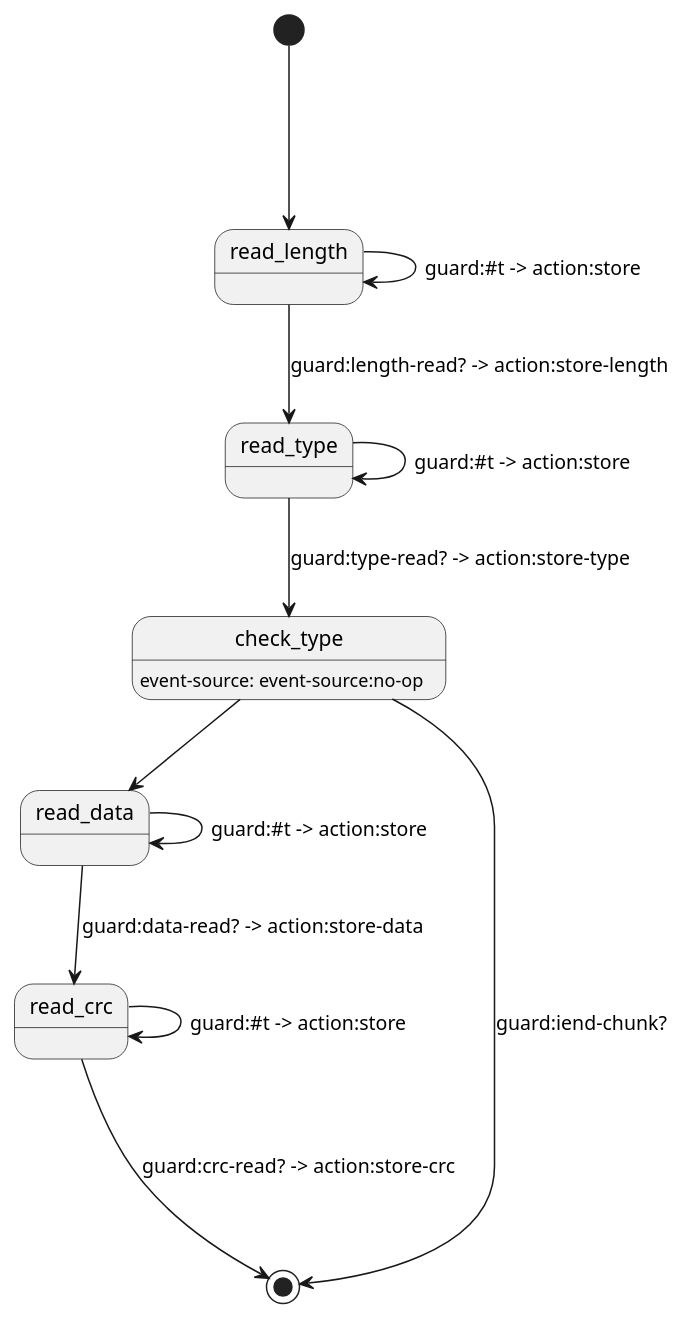
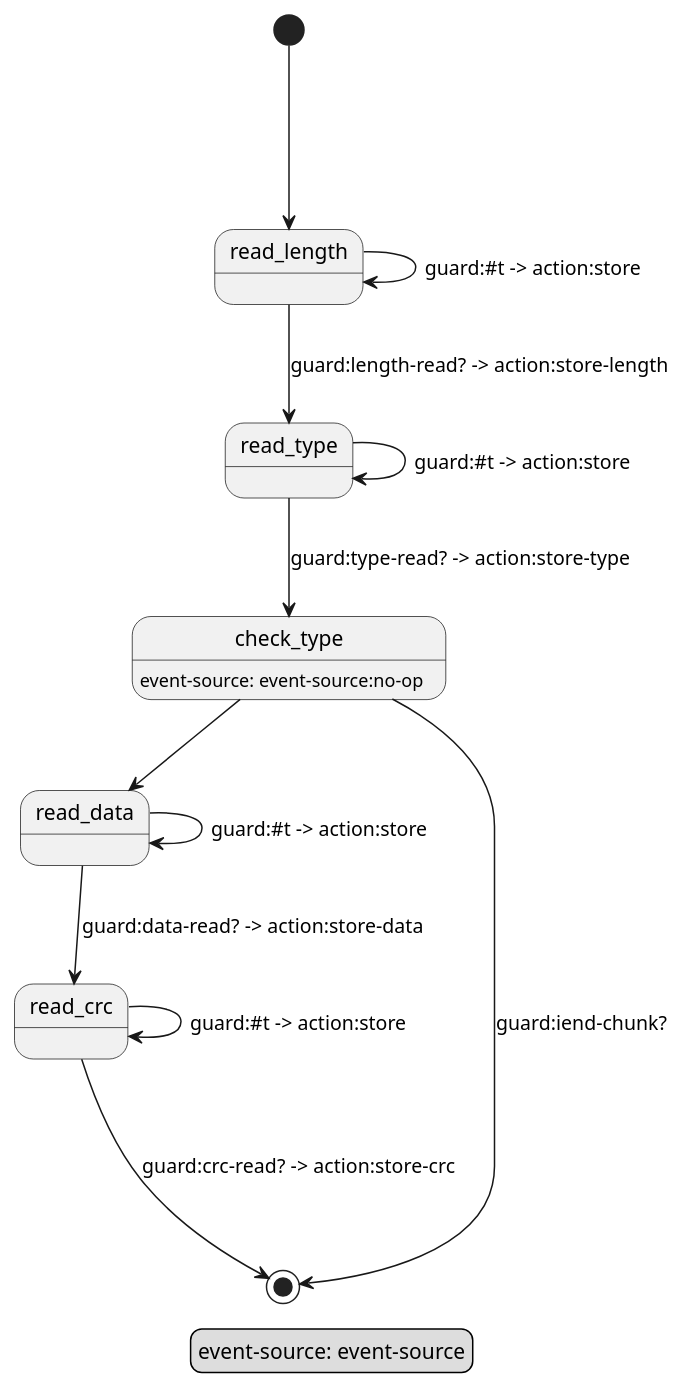
Before and after one commit to artyom-poptsov/guile-png: the diagram in modules/png/fsm/chunk-parser.puml, drawn with PlantUML.

Commit message:
fsm/chunk-parser.puml: Set the global event source
* modules/png/fsm/chunk-parser.puml: Set the global event source in "legend"
  block.

```diff
--- a/modules/png/fsm/chunk-parser.puml
+++ b/modules/png/fsm/chunk-parser.puml
@@ -1,21 +1,25 @@
 @startuml
+
+legend
+event-source: event-source
+endlegend
 
 [*] ---> read_length
 
 read_length --> read_type: guard:length-read? -> action:store-length
 read_length -> read_length: guard:#t -> action:store
 
 read_type --> check_type: guard:type-read? -> action:store-type
 read_type -> read_type: guard:#t -> action:store
 
 check_type: event-source: event-source:no-op
 check_type --> [*]: guard:iend-chunk?
 check_type --> read_data
 
 read_data --> read_crc: guard:data-read? -> action:store-data
 read_data -> read_data: guard:#t -> action:store
 
 read_crc ---> [*]: guard:crc-read? -> action:store-crc
 read_crc -> read_crc: guard:#t -> action:store
 
 @enduml
```
